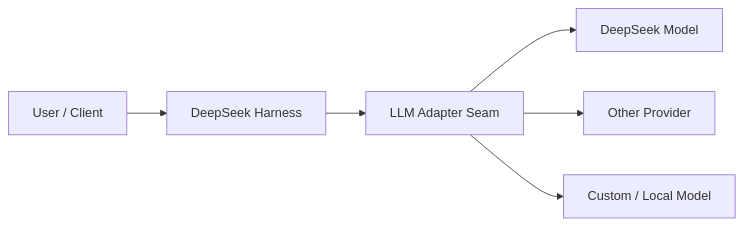
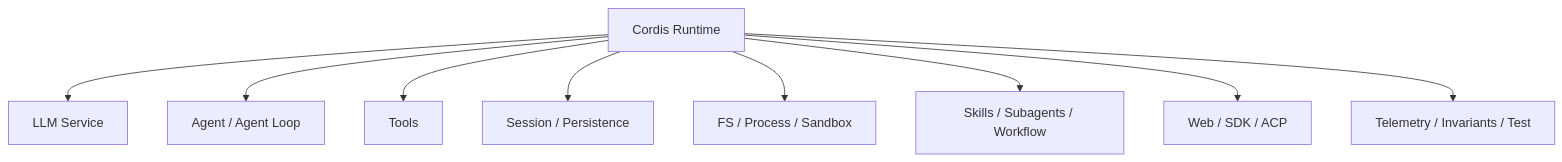
One commit to indigofeather/harness-book changed the first of 3 diagrams in docs/deepseek/overview.md. Above: the diagram before and after it, drawn with Mermaid. The commit also changed other lines of this file and 48 other files, not shown here.

````diff
--- a/docs/deepseek/overview.md
+++ b/docs/deepseek/overview.md
@@ -21,8 +23,12 @@
 ```mermaid
-flowchart LR
-  U[User / Client] --> H[DeepSeek Harness]
-  H --> L[LLM Adapter Seam]
-  L --> M1[DeepSeek Model]
-  L --> M2[Other Provider]
-  L --> M3[Custom / Local Model]
+flowchart TB
+  C[Cordis Runtime]
+  C --> L[LLM Service]
+  C --> A[Agent / Agent Loop]
+  C --> T[Tools]
+  C --> S[Session / Persistence]
+  C --> X[FS / Process / Sandbox]
+  C --> E[Skills / Subagents / Workflow]
+  C --> I[Web / SDK / ACP]
+  C --> O[Telemetry / Invariants / Test]
 ```
````
